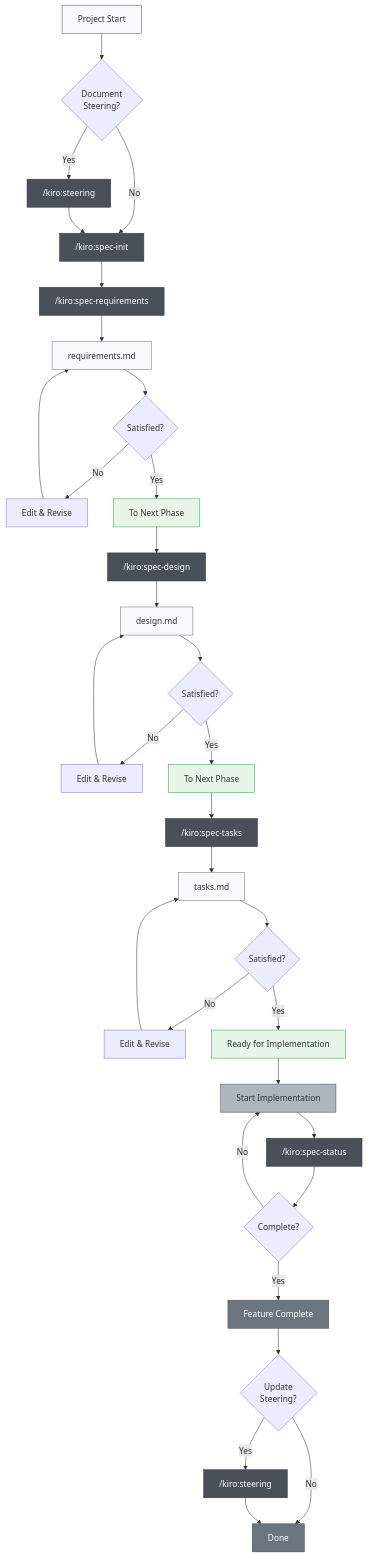
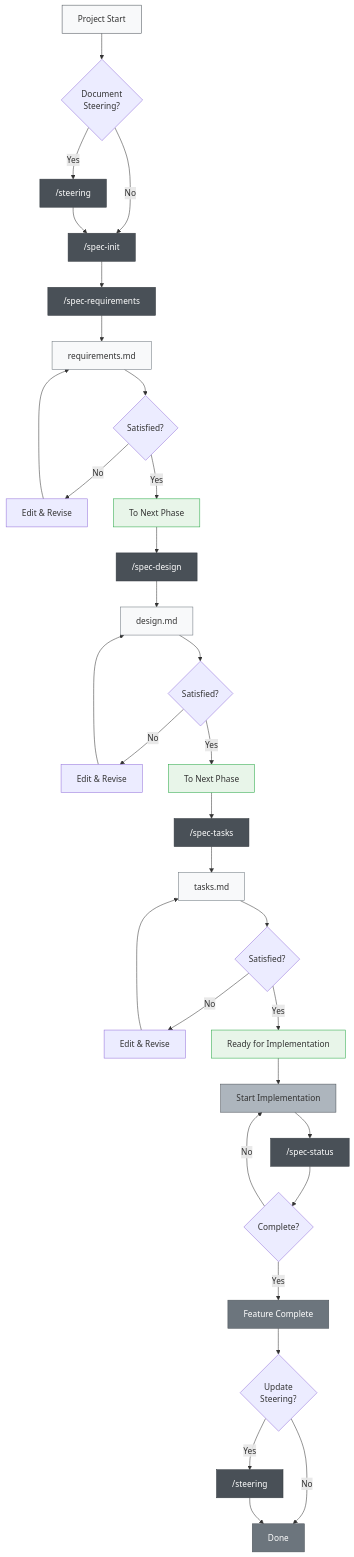
Before and after one commit to Brujo2020/OpenSDD: the first of 2 diagrams in docs/README/README_en.md, drawn with Mermaid. The commit also changed other lines of this file and 97 other files, not shown here.

````diff
--- a/docs/README/README_en.md
+++ b/docs/README/README_en.md
@@ -128,58 +128,58 @@
 ```mermaid
 graph TD
     A["Project Start"] --> B{"Document<br/>Steering?"}
-    B -->|Yes| C["/kiro:steering"]
-    B -->|No| D["/kiro:spec-init"]
+    B -->|Yes| C["/steering"]
+    B -->|No| D["/spec-init"]
     C --> D
     
-    D --> E["/kiro:spec-requirements"]
+    D --> E["/spec-requirements"]
     E --> F["requirements.md"]
     F --> G{"Satisfied?"}
     G -->|No| G1["Edit & Revise"]
     G1 --> F
     G -->|Yes| H["To Next Phase"]
     
-    H --> I["/kiro:spec-design"]
+    H --> I["/spec-design"]
     I --> J["design.md"]
     J --> K{"Satisfied?"}
     K -->|No| K1["Edit & Revise"]
     K1 --> J
     K -->|Yes| L["To Next Phase"]
     
-    L --> M["/kiro:spec-tasks"]
+    L --> M["/spec-tasks"]
     M --> N["tasks.md"]
     N --> O{"Satisfied?"}
     O -->|No| O1["Edit & Revise"]
     O1 --> N
     O -->|Yes| P["Ready for Implementation"]
     
     P --> Q["Start Implementation"]
-    Q --> R["/kiro:spec-status"]
+    Q --> R["/spec-status"]
     R --> S{"Complete?"}
     S -->|No| Q
     S -->|Yes| T["Feature Complete"]
     
     T --> U{"Update<br/>Steering?"}
-    U -->|Yes| V["/kiro:steering"]
+    U -->|Yes| V["/steering"]
     U -->|No| W["Done"]
     V --> W
     
     %% Style definitions
     style A fill:#f8f9fa,stroke:#495057
     style C fill:#495057,stroke:#343a40,color:#ffffff
     style D fill:#495057,stroke:#343a40,color:#ffffff
     style E fill:#495057,stroke:#343a40,color:#ffffff
     style I fill:#495057,stroke:#343a40,color:#ffffff
     style M fill:#495057,stroke:#343a40,color:#ffffff
     style R fill:#495057,stroke:#343a40,color:#ffffff
     style V fill:#495057,stroke:#343a40,color:#ffffff
     style F fill:#f8f9fa,stroke:#6c757d
     style J fill:#f8f9fa,stroke:#6c757d
     style N fill:#f8f9fa,stroke:#6c757d
     style H fill:#e8f5e9,stroke:#28a745
     style L fill:#e8f5e9,stroke:#28a745
     style P fill:#e8f5e9,stroke:#28a745
     style Q fill:#adb5bd,stroke:#495057
     style T fill:#6c757d,stroke:#495057,color:#ffffff
     style W fill:#6c757d,stroke:#495057,color:#ffffff
 ```
````
